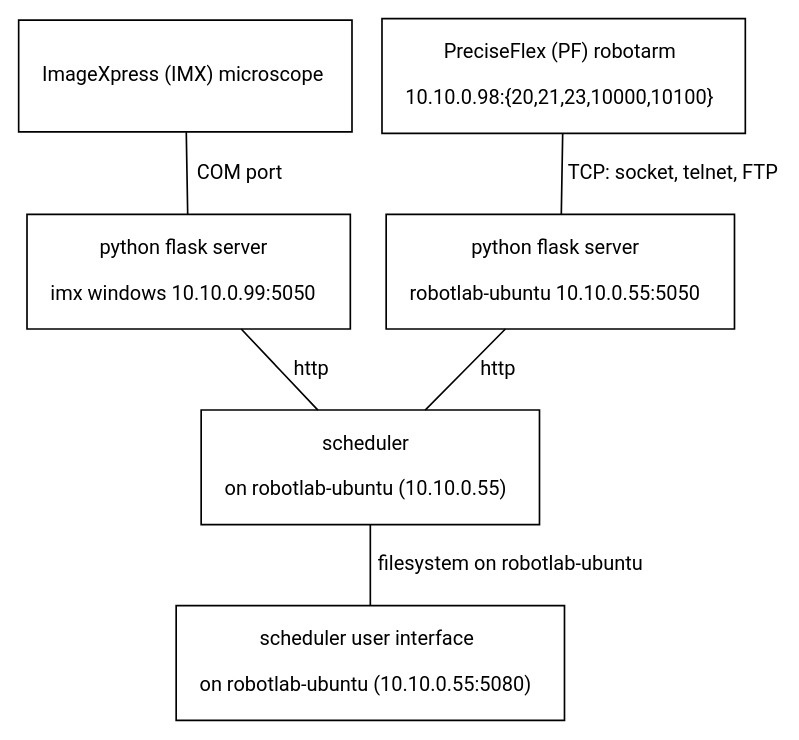
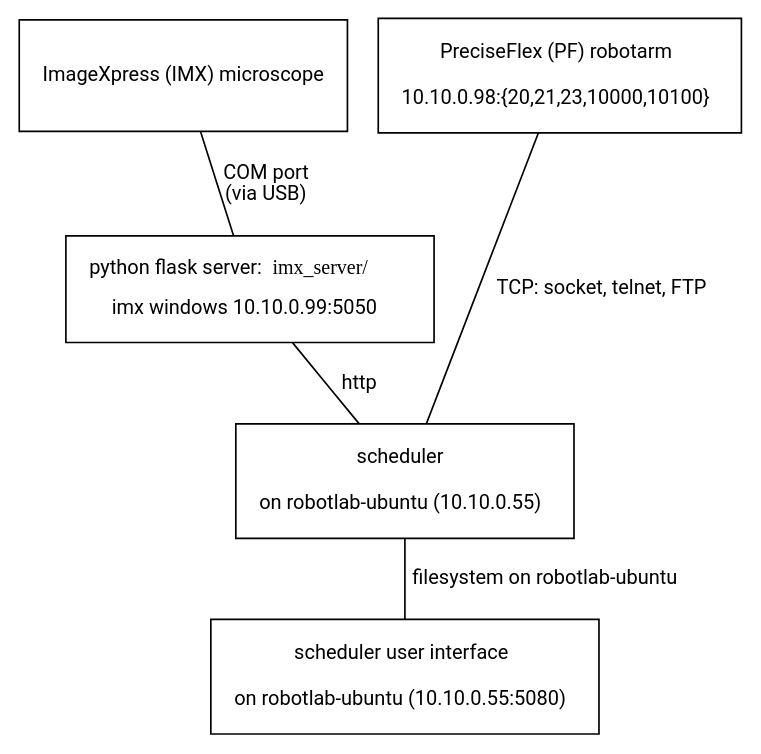
The diagram in images/overview.dot (pharmbio/robotlab), drawn with Graphviz before and after one commit. The commit also changed 2 other files, not shown here.

```diff
--- a/images/overview.dot
+++ b/images/overview.dot
@@ -1,28 +1,26 @@
 # Build the svg with:
 # dot overview.dot -Tsvg -o overview.svg
 graph {
     # graph [bgcolor="#2d2d2d"]
     # node [color="#d3d0c8" fontcolor="#d3d0c8"]
     # edge [color="#d3d0c8" fontcolor="#d3d0c8"]
 
     node [fontname="Roboto", fontsize=12]
     edge [fontname="Roboto", fontsize=12]
     node [shape=box]
-    imx  [label=< <BR/> ImageXpress (IMX) microscope <BR/> >, margin=0.2]
+    imx  [label=< <BR/> ImageXpress (IMX) microscope<BR/> >, margin=0.2]
     pf   [label=< PreciseFlex (PF) robotarm <BR/><BR/> 10.10.0.98:{20,21,23,10000,10100} >, margin=0.2]
 
     rank=same {imx; pf}
 
-    imx_server             [label=< python flask server <BR/><BR/> imx windows 10.10.0.99:5050 >, margin=0.2]
-    pf_server              [label=< python flask server <BR/><BR/> robotlab-ubuntu 10.10.0.55:5050 >, margin=0.2]
+    imx_server [label=< python flask server: <FONT FACE="Consolas">imx_server/</FONT><BR/><BR/> imx windows 10.10.0.99:5050 >, margin=0.2]
 
-    imx -- imx_server [label="  COM port"]
-    pf -- pf_server   [label="  TCP: socket, telnet, FTP"]
+    imx -- imx_server [label=<COM port<BR/>(via USB)>]
+    pf -- scheduler [label="TCP: socket, telnet, FTP"]
 
     scheduler [label=< scheduler <BR/><BR/> on robotlab-ubuntu (10.10.0.55) >, margin=0.2]
     imx_server -- scheduler [label="  http"]
-    pf_server  -- scheduler [label="  http"]
 
     scheduler -- scheduler_ui [label="  filesystem on robotlab-ubuntu"]
     scheduler_ui [label=< scheduler user interface <BR/><BR/> on robotlab-ubuntu (10.10.0.55:5080) >, margin=0.2]
 }
```
